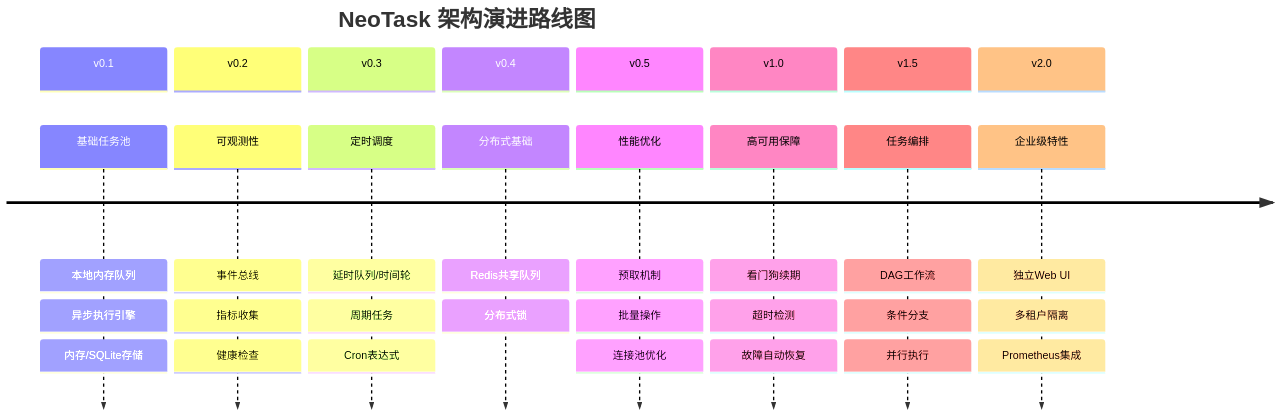
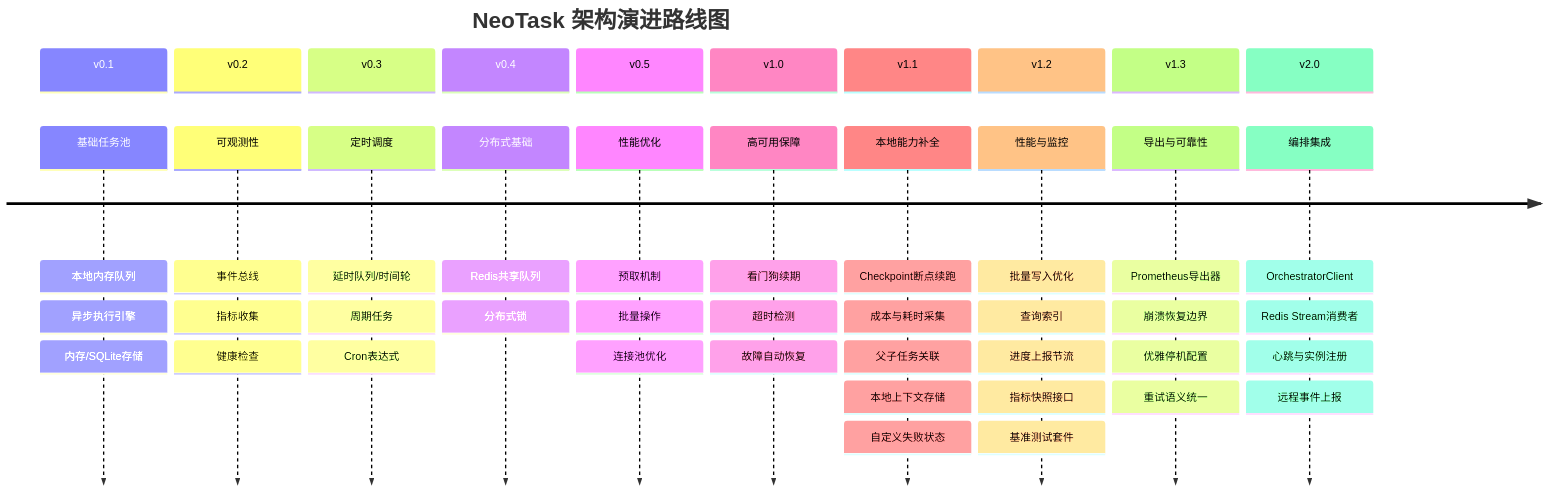
Before and after one commit to neopen/neotask: the second of 2 diagrams in README_zh.md, drawn with Mermaid. The commit also changed other lines of this file and 1 other file, not shown here.

First line of the commit message:
docs: 更新 README 架构图、路线图与 v1.1 能力说明

````diff
--- a/README_zh.md
+++ b/README_zh.md
@@ -119,43 +148,59 @@
 ```mermaid
 timeline
     title NeoTask 架构演进路线图
-    
+
     section v0.1
         基础任务池 : 本地内存队列
                    : 异步执行引擎
                    : 内存/SQLite存储
-                   
+
     section v0.2
         可观测性 : 事件总线
                  : 指标收集
                  : 健康检查
-                 
+
     section v0.3
         定时调度 : 延时队列/时间轮
                  : 周期任务
                  : Cron表达式
-                 
+
     section v0.4
         分布式基础 : Redis共享队列
                    : 分布式锁
-                   
+
     section v0.5
         性能优化 : 预取机制
                  : 批量操作
                  : 连接池优化
 
     section v1.0
         高可用保障 : 看门狗续期
                    : 超时检测
                    : 故障自动恢复
 
-    section v1.5
-        任务编排 : DAG工作流
-                 : 条件分支
-                 : 并行执行
+    section v1.1
+        本地能力补全 : Checkpoint断点续跑
+                     : 成本与耗时采集
+                     : 父子任务关联
+                     : 本地上下文存储
+                     : 自定义失败状态
+
+    section v1.2
+        性能与监控 : 批量写入优化
+                   : 查询索引
+                   : 进度上报节流
+                   : 指标快照接口
+                   : 基准测试套件
+
+    section v1.3
+        导出与可靠性 : Prometheus导出器
+                     : 崩溃恢复边界
+                     : 优雅停机配置
+                     : 重试语义统一
 
     section v2.0
-        企业级特性 : 独立Web UI
-                   : 多租户隔离
-                   : Prometheus集成
+        编排集成 : OrchestratorClient
+                       : Redis Stream消费者
+                       : 心跳与实例注册
+                       : 远程事件上报
 ```
````
